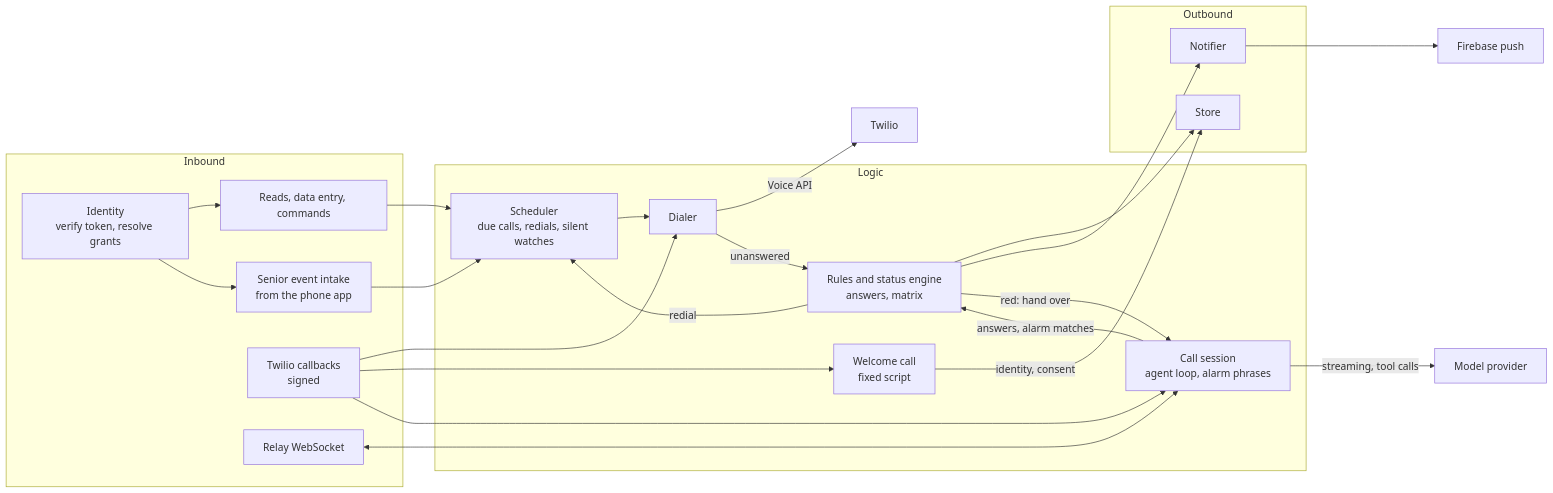
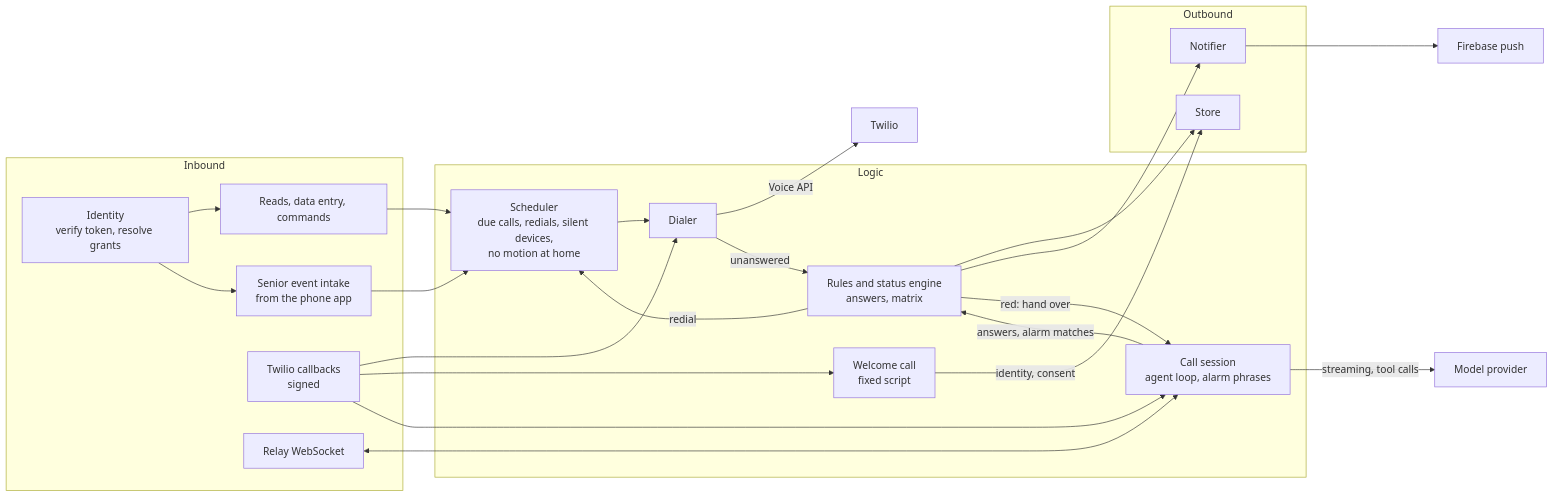
Before and after one commit to paulhondola/EchoCare: the third of 3 diagrams in docs/specs/sentinela/01-architecture.md, drawn with Mermaid. The commit also changed other lines of this file and 6 other files, not shown here.

````diff
--- a/docs/specs/sentinela/01-architecture.md
+++ b/docs/specs/sentinela/01-architecture.md
@@ -177,47 +184,47 @@
 ```mermaid
 flowchart LR
     subgraph INB["Inbound"]
         AUTHM["Identity<br/>verify token, resolve grants"]
         API["Reads, data entry, commands"]
         INT["Senior event intake<br/>from the phone app"]
         HOOK["Twilio callbacks<br/>signed"]
         WS["Relay WebSocket"]
     end
 
     subgraph LOGIC["Logic"]
-        SCHED["Scheduler<br/>due calls, redials, silent watches"]
+        SCHED["Scheduler<br/>due calls, redials, silent devices,<br/>no motion at home"]
         DIAL["Dialer"]
         WEL["Welcome call<br/>fixed script"]
         SESS["Call session<br/>agent loop, alarm phrases"]
         ENG["Rules and status engine<br/>answers, matrix"]
     end
 
     subgraph OUTB["Outbound"]
         NOTIF["Notifier"]
         STORE["Store"]
     end
 
     TWILIO["Twilio"]
     MODEL["Model provider"]
     PUSH["Firebase push"]
 
     AUTHM --> API
     AUTHM --> INT
     API --> SCHED
     INT --> SCHED
     SCHED --> DIAL
     DIAL -->|"Voice API"| TWILIO
     HOOK --> DIAL
     HOOK --> WEL
     HOOK --> SESS
     WS <--> SESS
     SESS -->|"streaming, tool calls"| MODEL
     SESS -->|"answers, alarm matches"| ENG
     WEL -->|"identity, consent"| STORE
     DIAL -->|"unanswered"| ENG
     ENG --> STORE
     ENG --> NOTIF
     NOTIF --> PUSH
     ENG -->|"red: hand over"| SESS
     ENG -->|"redial"| SCHED
 ```
````
